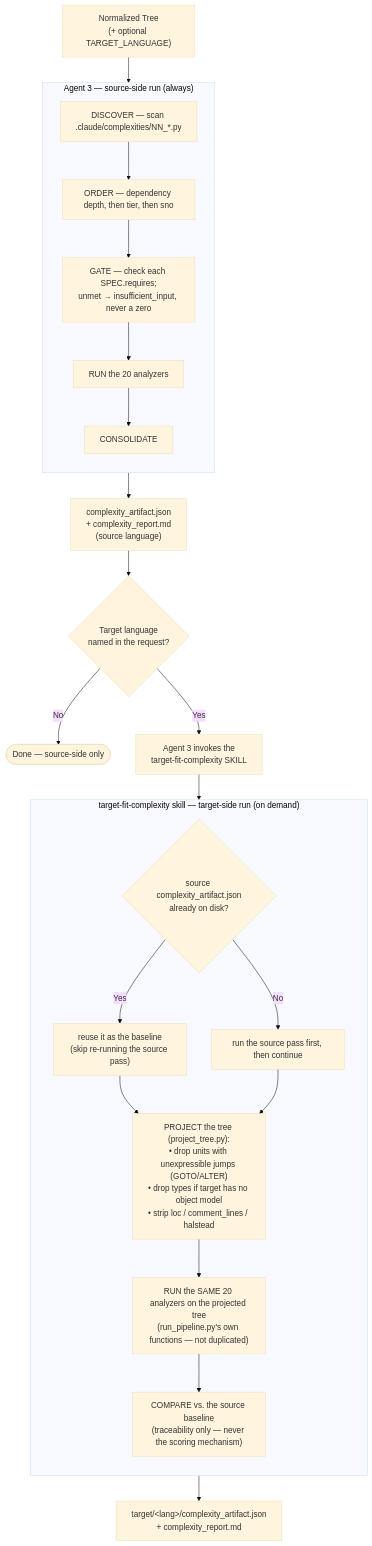
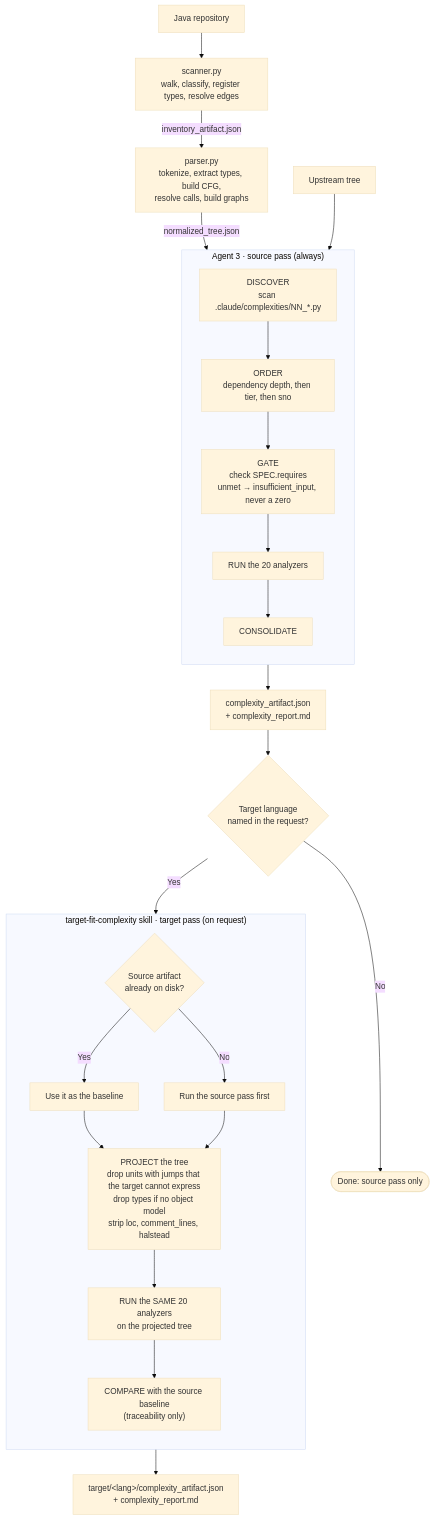
The third of 8 diagrams in README.md (KrishnaAnnavaram/adaptive-legacy-code-complexity-harness), drawn with Mermaid (base theme) before and after one commit. The commit also changed other lines of this file and 1 other file, not shown here.

````diff
--- a/README.md
+++ b/README.md
@@ -210,33 +326,29 @@
 ```mermaid
 flowchart TD
-    IN["Normalized Tree<br/>(+ optional TARGET_LANGUAGE)"] --> CORE
-
-    subgraph CORE["Agent 3 — source-side run (always)"]
+    R["Java repository"] --> S1["scanner.py<br/>walk, classify, register types, resolve edges"]
+    S1 -->|"inventory_artifact.json"| S2["parser.py<br/>tokenize, extract types, build CFG,<br/>resolve calls, build graphs"]
+    S2 -->|"normalized_tree.json"| CORE
+    UP["Upstream tree"] --> CORE
+    subgraph CORE["Agent 3 · source pass (always)"]
         direction TB
-        D1["DISCOVER — scan .claude/complexities/NN_*.py"] --> D2["ORDER — dependency depth, then tier, then sno"]
-        D2 --> D3["GATE — check each SPEC.requires;<br/>unmet → insufficient_input, never a zero"]
+        D1["DISCOVER<br/>scan .claude/complexities/NN_*.py"] --> D2["ORDER<br/>dependency depth, then tier, then sno"]
+        D2 --> D3["GATE<br/>check SPEC.requires<br/>unmet → insufficient_input, never a zero"]
         D3 --> D4["RUN the 20 analyzers"]
         D4 --> D5["CONSOLIDATE"]
     end
-
-    CORE --> SRC["complexity_artifact.json<br/>+ complexity_report.md<br/>(source language)"]
-
+    CORE --> SRC["complexity_artifact.json<br/>+ complexity_report.md"]
     SRC --> Q{"Target language<br/>named in the request?"}
-    Q -->|No| DONE(["Done — source-side only"])
-    Q -->|Yes| INVOKE["Agent 3 invokes the<br/>target-fit-complexity SKILL"]
-
-    subgraph SKILL["target-fit-complexity skill — target-side run (on demand)"]
+    Q -->|"No"| DONE(["Done: source pass only"])
+    Q -->|"Yes"| SKILL
+    subgraph SKILL["target-fit-complexity skill · target pass (on request)"]
         direction TB
-        S0{"source complexity_artifact.json<br/>already on disk?"}
-        S0 -->|Yes| REUSE["reuse it as the baseline<br/>(skip re-running the source pass)"]
-        S0 -->|No| RUNSRC["run the source pass first, then continue"]
-        REUSE --> P
+        T0{"Source artifact<br/>already on disk?"}
+        T0 -->|"Yes"| REUSE["Use it as the baseline"]
+        T0 -->|"No"| RUNSRC["Run the source pass first"]
+        REUSE --> P["PROJECT the tree<br/>drop units with jumps that the target cannot express<br/>drop types if no object model<br/>strip loc, comment_lines, halstead"]
         RUNSRC --> P
-        P["PROJECT the tree (project_tree.py):<br/>• drop units with unexpressible jumps (GOTO/ALTER)<br/>• drop types if target has no object model<br/>• strip loc / comment_lines / halstead"]
-        P --> R2["RUN the SAME 20 analyzers on the projected tree<br/>(run_pipeline.py's own functions — not duplicated)"]
-        R2 --> CMP["COMPARE vs. the source baseline<br/>(traceability only — never the scoring mechanism)"]
+        P --> R2["RUN the SAME 20 analyzers<br/>on the projected tree"]
+        R2 --> CMP["COMPARE with the source baseline<br/>(traceability only)"]
     end
-
-    INVOKE --> SKILL
     CMP --> OUT["target/&lt;lang&gt;/complexity_artifact.json<br/>+ complexity_report.md"]
 ```
````
